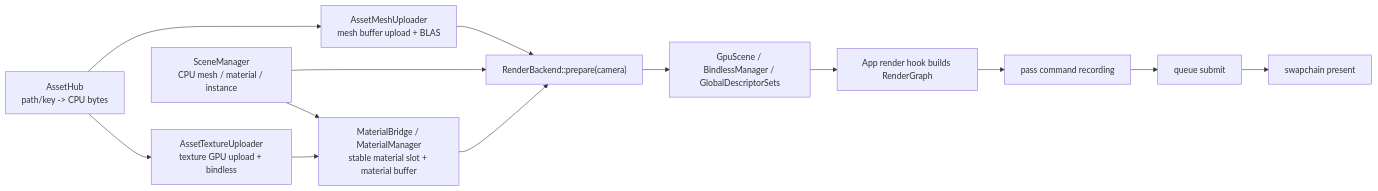
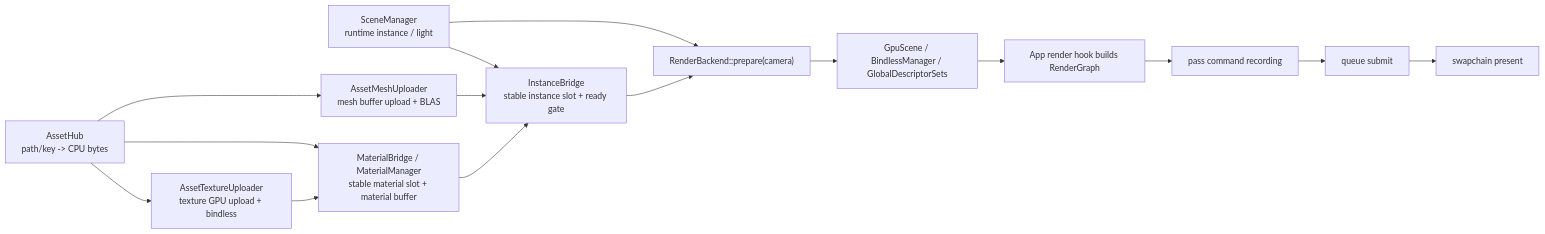
One commit to acccoco/TruvisRenderer changed the fifth of 6 diagrams in ARCHITECTURE.md. Above: the diagram before and after it, drawn with Mermaid. The commit also changed other lines of this file and 20 other files, not shown here.

````diff
--- a/ARCHITECTURE.md
+++ b/ARCHITECTURE.md
@@ -173,15 +173,17 @@
 ```mermaid
 flowchart LR
     AssetHub["AssetHub<br/>path/key -> CPU bytes"] --> TextureUploader["AssetTextureUploader<br/>texture GPU upload + bindless"]
     AssetHub --> MeshUploader["AssetMeshUploader<br/>mesh buffer upload + BLAS"]
-    Scene["SceneManager<br/>CPU mesh / material / instance"] --> MaterialBridge["MaterialBridge / MaterialManager<br/>stable material slot + material buffer"]
+    AssetHub --> MaterialBridge["MaterialBridge / MaterialManager<br/>stable material slot + material buffer"]
+    Scene["SceneManager<br/>runtime instance / light"] --> InstanceBridge["InstanceBridge<br/>stable instance slot + ready gate"]
     TextureUploader --> MaterialBridge
-    MeshUploader --> Prepare
+    MeshUploader --> InstanceBridge
     Scene --> Prepare["RenderBackend::prepare(camera)"]
-    MaterialBridge --> Prepare
+    MaterialBridge --> InstanceBridge
+    InstanceBridge --> Prepare
     Prepare --> GpuResources["GpuScene / BindlessManager / GlobalDescriptorSets"]
     GpuResources --> BuildGraph["App render hook builds RenderGraph"]
     BuildGraph --> RecordCommands["pass command recording"]
     RecordCommands --> Submit["queue submit"]
     Submit --> Present["swapchain present"]
 ```
````
